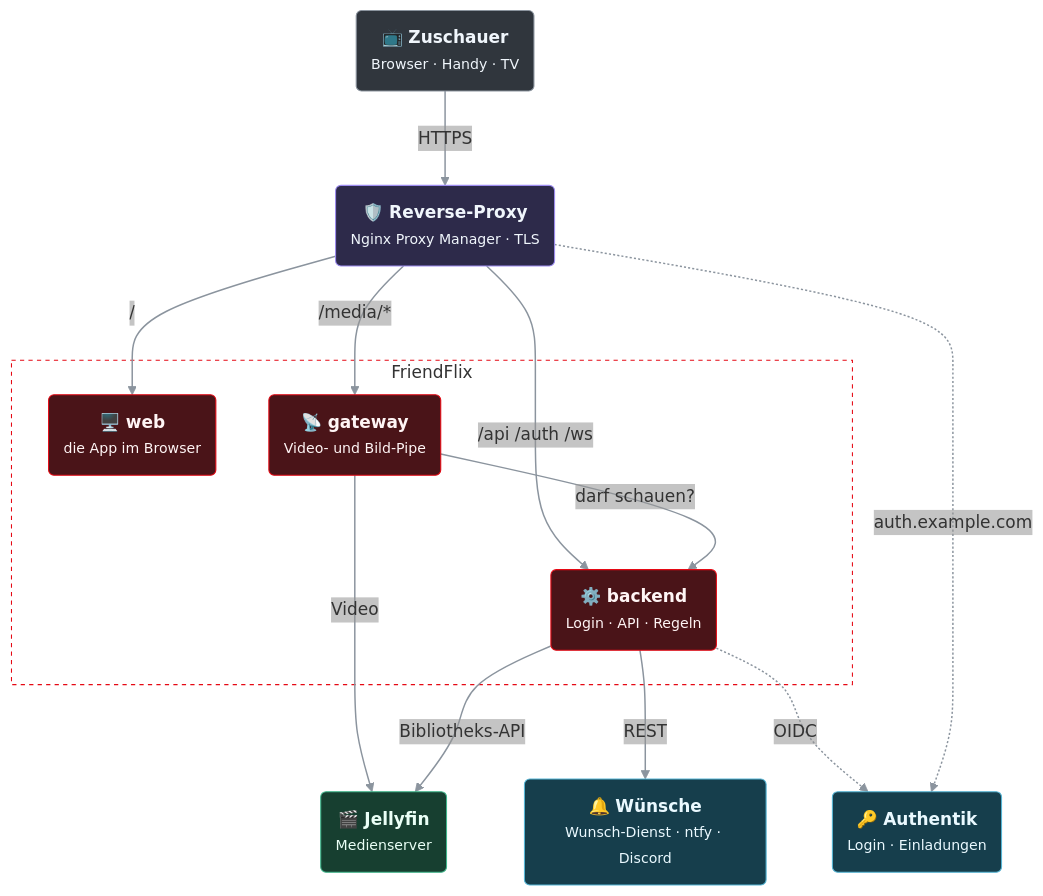
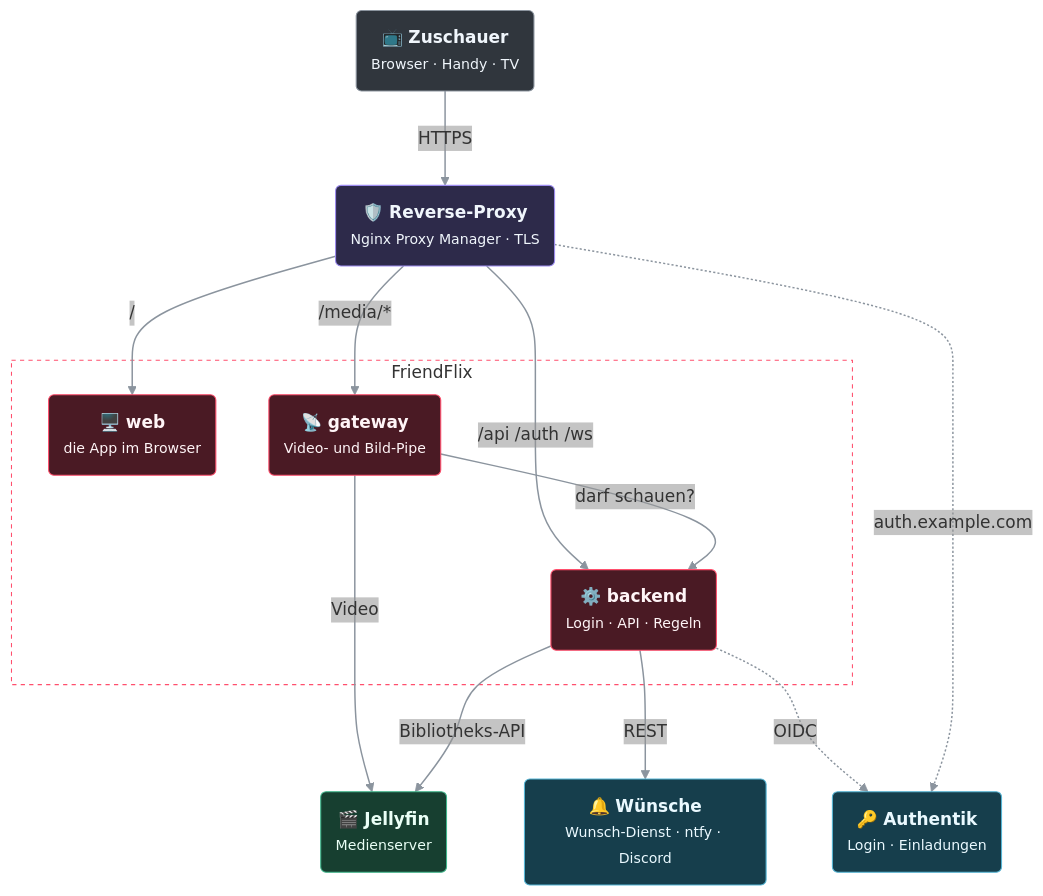
One commit to LetsManu/friendflix changed the diagram in README.de.md. Above: the diagram before and after it, drawn with Mermaid. The commit also changed other lines of this file and 211 other files, not shown here.

````diff
--- a/README.de.md
+++ b/README.de.md
@@ -235,45 +235,45 @@
 ```mermaid
 ---
 config:
   flowchart:
     curve: basis
     nodeSpacing: 50
     rankSpacing: 65
     padding: 14
   themeVariables:
     edgeLabelBackground: 'rgba(150,150,150,0.12)'
   themeCSS: '.labelBkg { background-color: rgba(127,127,127,0.12) !important; }'
 ---
 flowchart TB
   accTitle: So greift FriendFlix ineinander
   accDescr: Zuschauer erreichen über HTTPS einen Reverse-Proxy. Dieser leitet an Web, Backend und Gateway von FriendFlix weiter. Backend und Gateway sprechen mit Jellyfin; das Backend nutzt außerdem Authentik, den Wunsch-Dienst und Benachrichtigungen.
   V("📺 <b>Zuschauer</b><br/><small>Browser · Handy · TV</small>"):::ext
   P("🛡️ <b>Reverse-Proxy</b><br/><small>Nginx Proxy Manager · TLS</small>"):::edge
   subgraph FF["FriendFlix"]
     W("🖥️ <b>web</b><br/><small>die App im Browser</small>"):::app
     B("⚙️ <b>backend</b><br/><small>Login · API · Regeln</small>"):::app
     G("📡 <b>gateway</b><br/><small>Video- und Bild-Pipe</small>"):::app
   end
   S("🎬 <b>Jellyfin</b><br/><small>Medienserver</small>"):::media
   RQ("🔔 <b>Wünsche</b><br/><small>Wunsch-Dienst · ntfy · Discord</small>"):::svc
   AK("🔑 <b>Authentik</b><br/><small>Login · Einladungen</small>"):::svc
   V -->|HTTPS| P
   P -->|"/"| W
   P -->|"/media/*"| G
   P -->|"/api /auth /ws"| B
   G -->|"darf schauen?"| B
   G ==>|"Video"| S
   B -->|"Bibliotheks-API"| S
   B -->|REST| RQ
   B -.->|OIDC| AK
   P -.->|"auth.example.com"| AK
   classDef ext fill:#30363d,stroke:#8b949e,stroke-width:1px,color:#f0f6fc
   classDef edge fill:#2d2a4a,stroke:#9d8cf0,stroke-width:1px,color:#f0f6fc
-  classDef app fill:#4a1418,stroke:#e50914,stroke-width:1px,color:#fff5f5
+  classDef app fill:#4a1a24,stroke:#ff4f6d,stroke-width:1px,color:#fff5f7
   classDef store fill:#4a3a14,stroke:#d4a72c,stroke-width:1px,color:#fff8e6
   classDef media fill:#173f30,stroke:#3fb68b,stroke-width:1px,color:#eafff6
   classDef svc fill:#163e4c,stroke:#56b6d6,stroke-width:1px,color:#eaf9ff
   classDef fork fill:#4a1d3c,stroke:#e070b0,stroke-width:1px,stroke-dasharray:4 3,color:#fff0f8
   linkStyle default stroke:#8b949e,stroke-width:1.4px
-  style FF fill:none,stroke:#e50914,stroke-width:1px,stroke-dasharray:4 4
+  style FF fill:none,stroke:#ff4f6d,stroke-width:1px,stroke-dasharray:4 4
 ```
````
